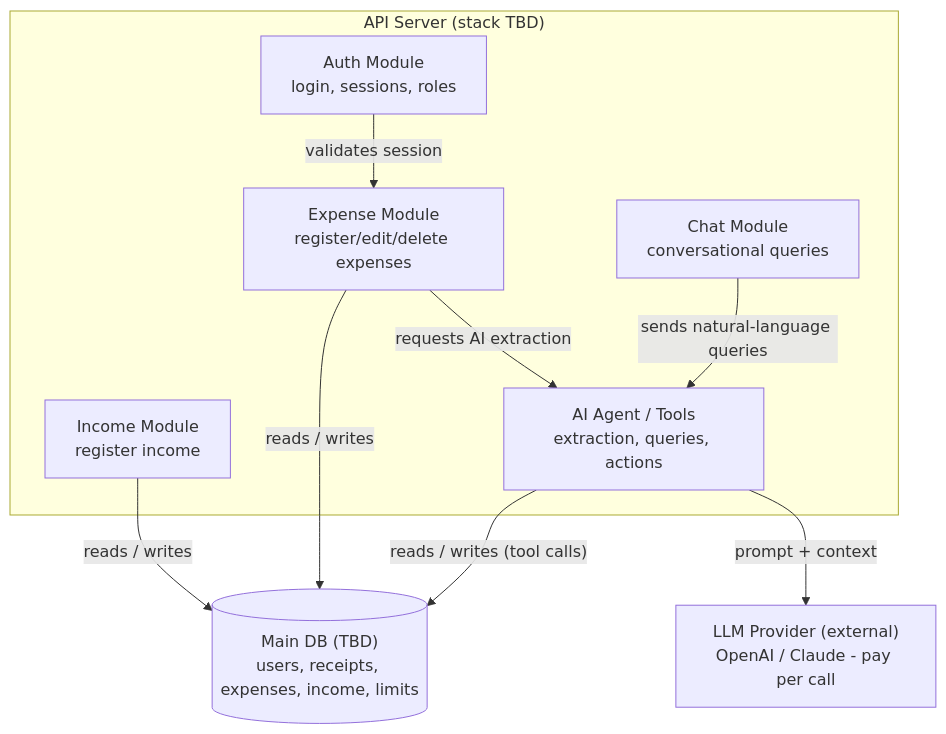
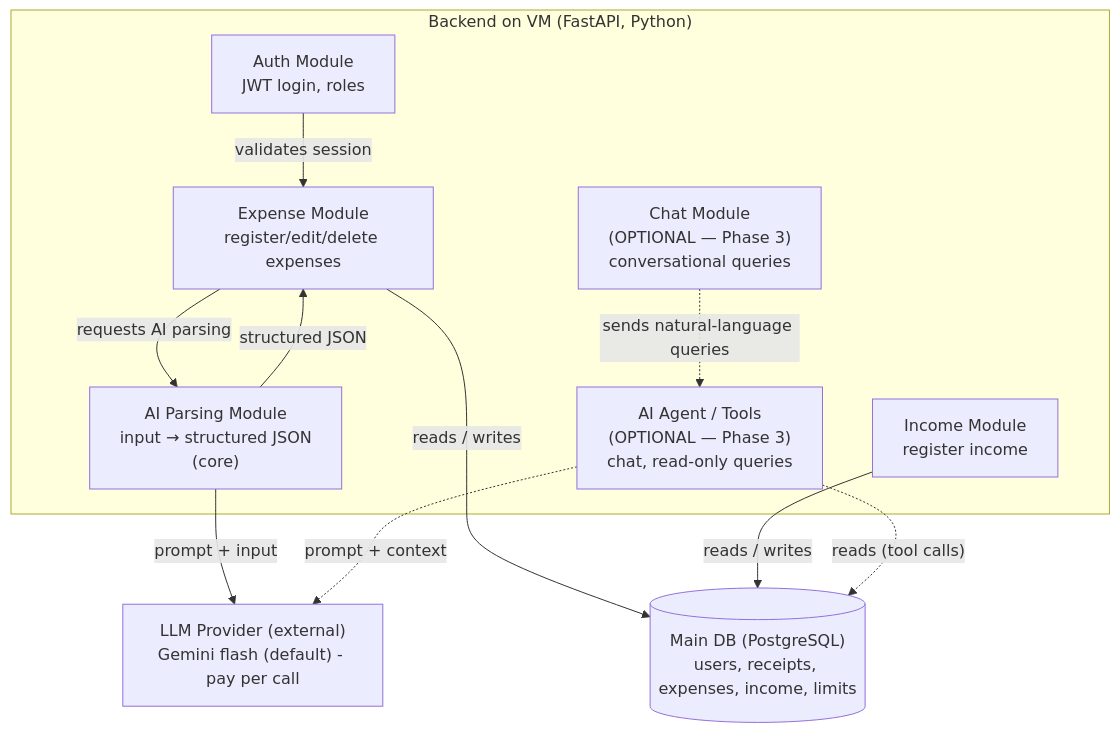
Before and after one commit to NullCorvus/finance-ai: the second of 4 diagrams in docs/ARCHITECTURE.md, drawn with Mermaid. The commit also changed other lines of this file and 24 other files, not shown here.

````diff
--- a/docs/ARCHITECTURE.md
+++ b/docs/ARCHITECTURE.md
@@ -60,21 +62,24 @@
 ```mermaid
 flowchart TD
-    subgraph API["API Server (stack TBD)"]
-        auth["Auth Module<br/>login, sessions, roles"]
+    subgraph API["Backend on VM (FastAPI, Python)"]
+        auth["Auth Module<br/>JWT login, roles"]
         expenses["Expense Module<br/>register/edit/delete expenses"]
         income["Income Module<br/>register income"]
-        agent["AI Agent / Tools<br/>extraction, queries, actions"]
-        chat["Chat Module<br/>conversational queries"]
+        parsing["AI Parsing Module<br/>input → structured JSON<br/>(core)"]
+        agent["AI Agent / Tools<br/>(OPTIONAL — Phase 3)<br/>chat, read-only queries"]
+        chat["Chat Module<br/>(OPTIONAL — Phase 3)<br/>conversational queries"]
     end
 
-    db[("Main DB (TBD)<br/>users, receipts, expenses, income, limits")]
-    llm["LLM Provider (external)<br/>OpenAI / Claude - pay per call"]
+    db[("Main DB (PostgreSQL)<br/>users, receipts, expenses, income, limits")]
+    llm["LLM Provider (external)<br/>Gemini flash (default) - pay per call"]
 
     auth -->|"validates session"| expenses
-    expenses -->|"requests AI extraction"| agent
-    agent -->|"prompt + context"| llm
-    agent -->|"reads / writes (tool calls)"| db
-    chat -->|"sends natural-language queries"| agent
+    expenses -->|"requests AI parsing"| parsing
+    parsing -->|"prompt + input"| llm
+    parsing -->|"structured JSON"| expenses
     expenses -->|"reads / writes"| db
     income -->|"reads / writes"| db
+    chat -.->|"sends natural-language queries"| agent
+    agent -.->|"prompt + context"| llm
+    agent -.->|"reads (tool calls)"| db
 ```
````
